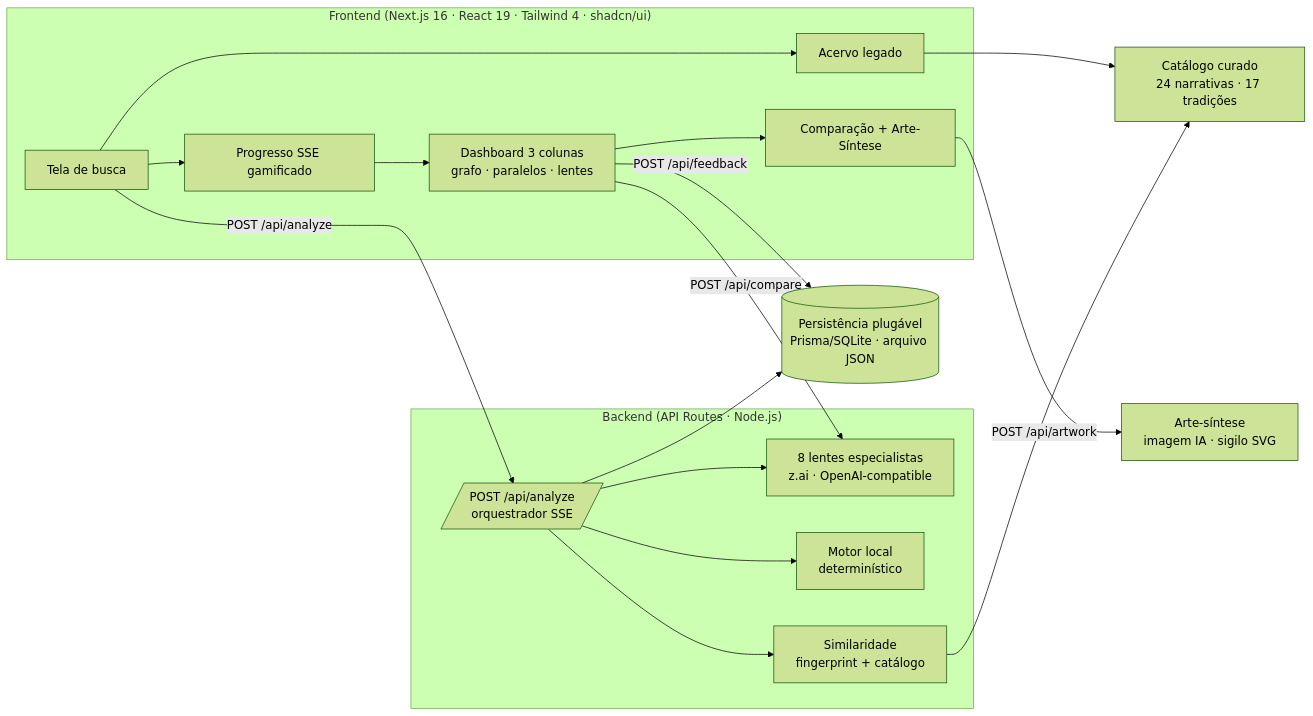
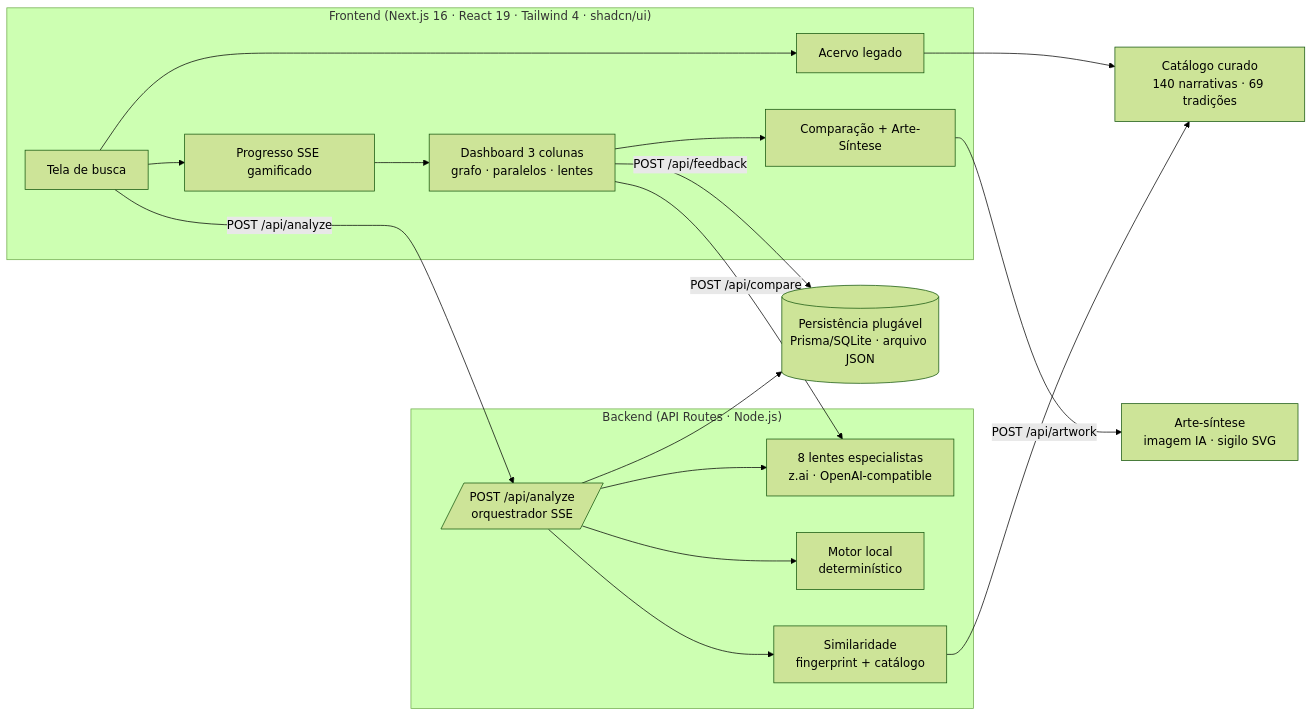
The diagram in README.md (LucasRangel89/oraculo), drawn with Mermaid (forest theme) before and after one commit. The commit also changed other lines of this file and 28 other files, not shown here.

````diff
--- a/README.md
+++ b/README.md
@@ -147,31 +173,31 @@
 ```mermaid
 flowchart LR
     subgraph Frontend["Frontend (Next.js 16 · React 19 · Tailwind 4 · shadcn/ui)"]
         UI[Tela de busca] --> PROG[Progresso SSE gamificado]
         PROG --> DASH[Dashboard 3 colunas<br/>grafo · paralelos · lentes]
         DASH --> MODAL[Comparação + Arte-Síntese]
         UI --> ACERVO[Acervo legado]
     end
 
     subgraph Backend["Backend (API Routes · Node.js)"]
         ORCH[/POST /api/analyze<br/>orquestrador SSE/]
         LLM[8 lentes especialistas<br/>z.ai · OpenAI-compatible]
         LOCAL[Motor local<br/>determinístico]
         SIM[Similaridade<br/>fingerprint + catálogo]
     end
 
     REPO[(Persistência plugável<br/>Prisma/SQLite · arquivo JSON)]
-    CATALOG[Catálogo curado<br/>24 narrativas · 17 tradições]
+    CATALOG[Catálogo curado<br/>140 narrativas · 69 tradições]
     ART[Arte-síntese<br/>imagem IA · sigilo SVG]
 
     UI -->|POST /api/analyze| ORCH
     ORCH --> LLM
     ORCH --> LOCAL
     ORCH --> SIM
     SIM --> CATALOG
     ORCH --> REPO
     DASH -->|POST /api/compare| LLM
     MODAL -->|POST /api/artwork| ART
     DASH -->|POST /api/feedback| REPO
     ACERVO --> CATALOG
 ```
````
